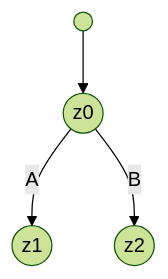
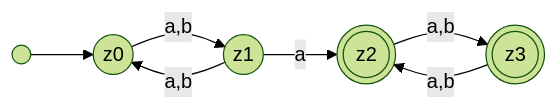
One commit to noluyorAbi/quartzDeployment changed the first of 3 diagrams in content/4.Semester/Informatik/FSK/FSK-ÜB/ÜB 2/FSK-ÜB-2.md. Above: the diagram before and after it, drawn with Mermaid (forest theme). The commit also changed other lines of this file and 1 other file, not shown here.

````diff
--- a/content/4.Semester/Informatik/FSK/FSK-ÜB/ÜB 2/FSK-ÜB-2.md
+++ b/content/4.Semester/Informatik/FSK/FSK-ÜB/ÜB 2/FSK-ÜB-2.md
@@ -122,7 +121,9 @@
 ```mermaid
-flowchart TB
+flowchart LR
 	id1(( )) --> id2((z0)) 
-	id2((z0)) --A--> id3((z1))
-		 
-	id2((z0)) --B--> id4((z2)) 
+	id2((z0)) --a,b--> id3((z1))
+	id3((z1)) --a--> id5(((z2)))
+	id3((z1)) --a,b--> id2((z0))
+	id5(((z2))) --a,b--> id6(((z3)))
+	id6(((z3))) --a,b--> id5(((z2)))
 ```
````
